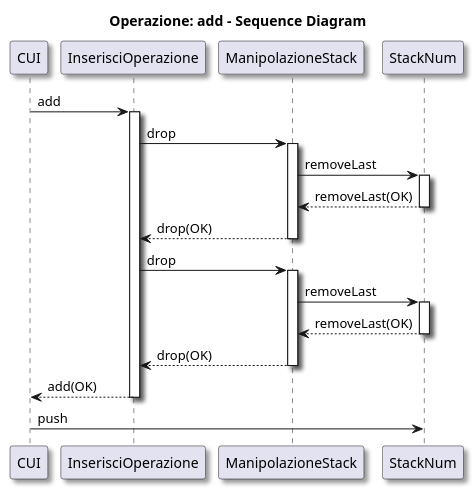
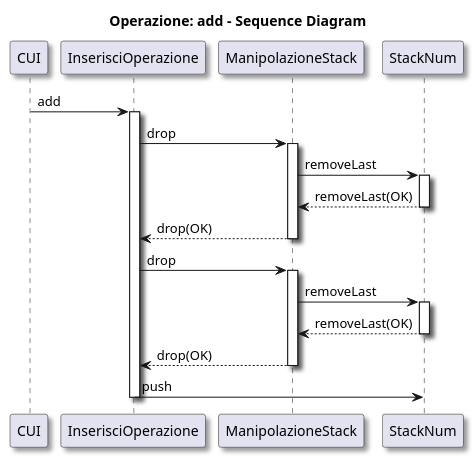
The diagram in CalcolatriceProgrammabile/Sequence Diagrams/SequenceInsertOp.puml (LuciaNancyLavista/Gruppo06_software_eng_L.I.V.P), drawn with PlantUML before and after one commit. The commit also changed 2 other files, not shown here.

```diff
--- a/CalcolatriceProgrammabile/Sequence Diagrams/SequenceInsertOp.puml
+++ b/CalcolatriceProgrammabile/Sequence Diagrams/SequenceInsertOp.puml
@@ -1,30 +1,30 @@
 @startuml 
 
 skinparam Shadowing true
 
 title Operazione: add - Sequence Diagram
 
 CUI -> InserisciOperazione: add
 activate InserisciOperazione
 InserisciOperazione -> ManipolazioneStack: drop
 activate ManipolazioneStack
 ManipolazioneStack -> StackNum: removeLast
 activate StackNum
 StackNum --> ManipolazioneStack: removeLast(OK)
 deactivate StackNum
 ManipolazioneStack --> InserisciOperazione: drop(OK)
 deactivate ManipolazioneStack
 InserisciOperazione -> ManipolazioneStack: drop
 activate ManipolazioneStack
 ManipolazioneStack -> StackNum: removeLast
 activate StackNum
 StackNum --> ManipolazioneStack: removeLast(OK)
 deactivate StackNum
 ManipolazioneStack --> InserisciOperazione: drop(OK)
 deactivate ManipolazioneStack
-InserisciOperazione --> CUI: add(OK)
+InserisciOperazione -> StackNum: push
 deactivate InserisciOperazione
-CUI -> StackNum: push
+
 
 '!include ../../plantuml-styles/ae-copyright-footer.txt
 @endumlperazione
```
